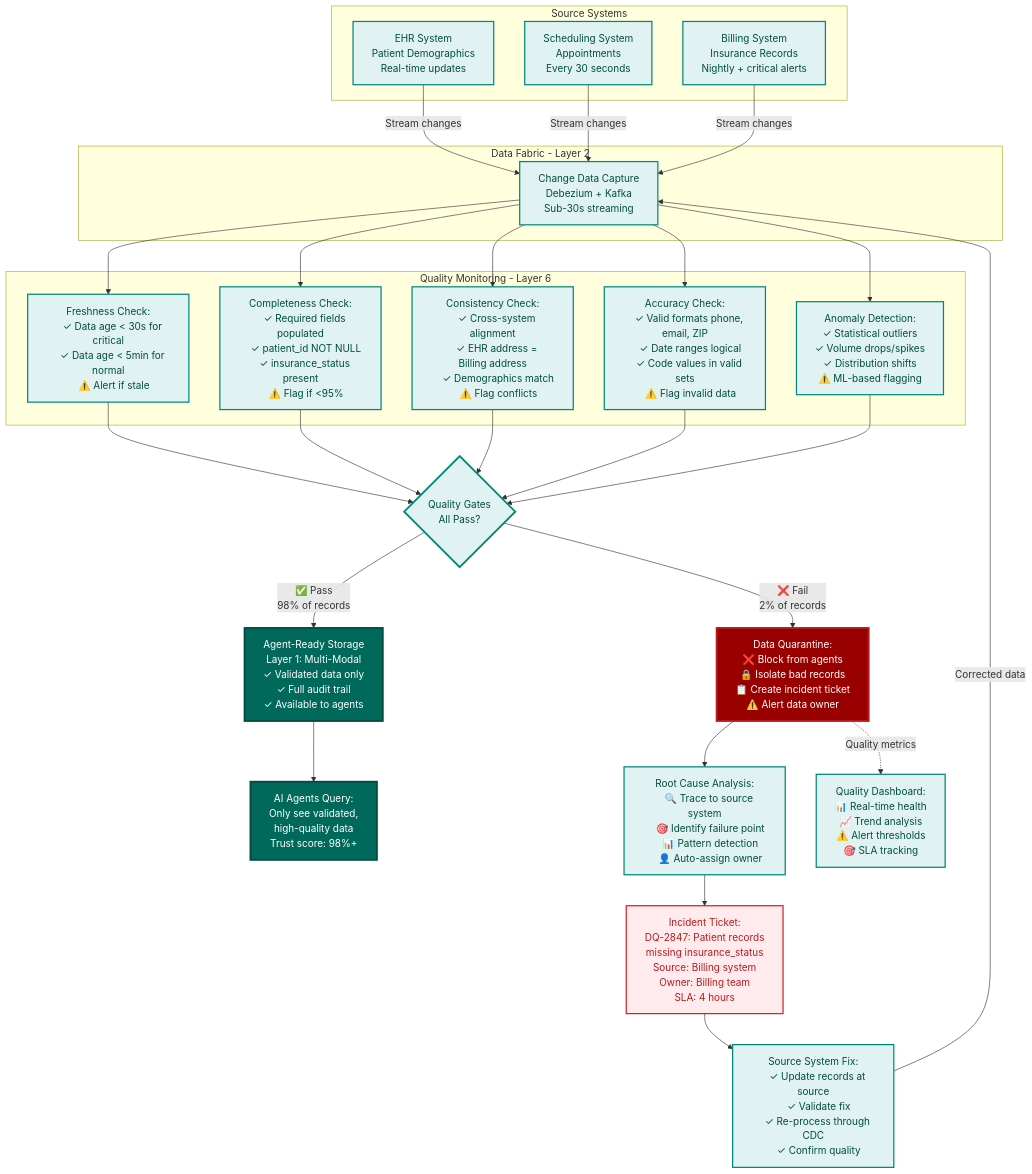
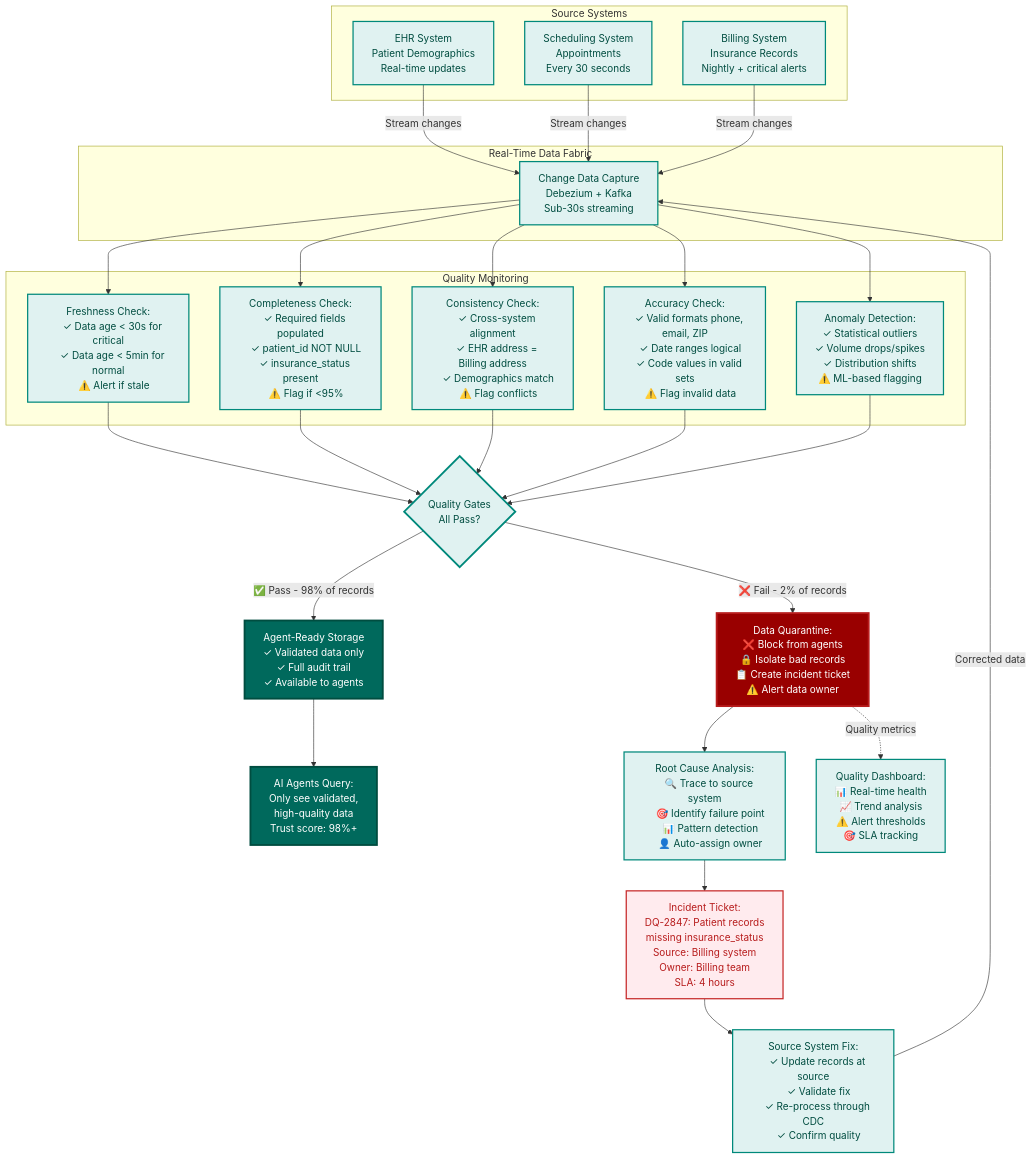
One commit to colaberry/enterprise-data-readiness-ai-agents changed the seventh of 10 diagrams in chapter-02/chapter_2_complete.md. Above: the diagram before and after it, drawn with Mermaid. The commit also changed other lines of this file, not shown here.

First line of the commit message:
diagram fixes

```diff
--- a/chapter-02/chapter_2_complete.md
+++ b/chapter-02/chapter_2_complete.md
@@ -1095,7 +1095,7 @@
     Nightly + critical alerts"]
     end
     
-    subgraph "Data Fabric - Layer 2"
+    subgraph "Real-Time Data Fabric"
         CDC["Change Data Capture
     Debezium + Kafka
     Sub-30s streaming"]
@@ -1105,7 +1105,7 @@
     S2 -->|Stream changes| CDC
     S3 -->|Stream changes| CDC
     
-    subgraph "Quality Monitoring - Layer 6"
+    subgraph "Quality Monitoring"
         Q1["Freshness Check:
     ✓ Data age < 30s for critical
     ✓ Data age < 5min for normal
@@ -1149,15 +1149,12 @@
     Q4 --> GATE
     Q5 --> GATE
     
-    GATE -->|✅ Pass
-    98% of records| STORAGE["Agent-Ready Storage
-    Layer 1: Multi-Modal
+    GATE -->|✅ Pass - 98% of records| STORAGE["Agent-Ready Storage
     ✓ Validated data only
     ✓ Full audit trail
     ✓ Available to agents"]
     
-    GATE -->|❌ Fail
-    2% of records| QUARANTINE["Data Quarantine:
+    GATE -->|❌ Fail - 2% of records| QUARANTINE["Data Quarantine:
     ❌ Block from agents
     🔒 Isolate bad records
     📋 Create incident ticket
```
